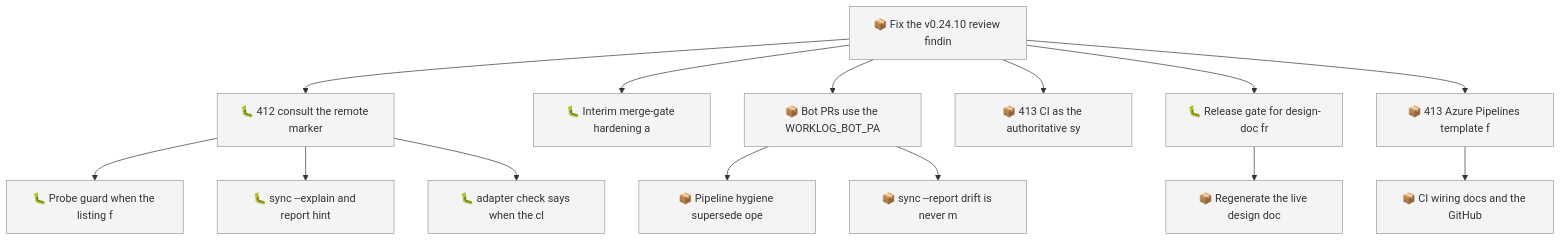
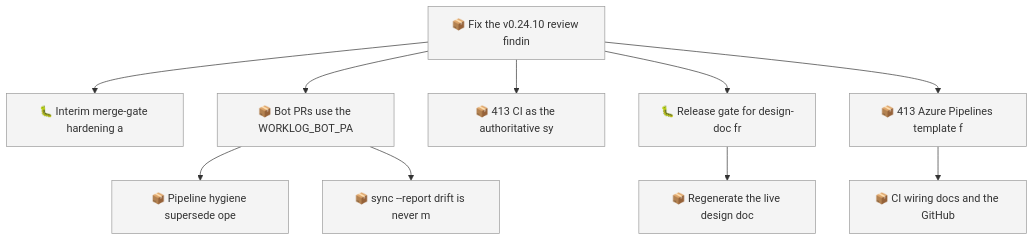
Before and after one commit to SpillwaveSolutions/wiki_ticket_sdd: the first of 2 diagrams in docs/roadmap.md, drawn with Mermaid. The commit also changed other lines of this file and 19 other files, not shown here.

First line of the commit message:
fix(sync): consult the remote marker map before creating a ticket (01M2XCWMVD7KJ01FCNEV1X8237)

````diff
--- a/docs/roadmap.md
+++ b/docs/roadmap.md
@@ -52,32 +48,24 @@
 ```mermaid
 graph TD
     01M2XCWMV0QYM4ZRBWN1V1327B["📦 Fix the v0.24.10 review findin"]
-    01M2XCWMVD7KJ01FCNEV1X8237["🐛 412 consult the remote marker"]
-    01M2XCWMVEH3XFP2VPS9JBD6X7["🐛 Probe guard when the listing f"]
-    01M2XCWMVEH3XFP2VPS9JBD6X9["🐛 sync --explain and report hint"]
-    01M2XCWMVEH3XFP2VPS9JBD6XB["🐛 adapter check says when the cl"]
     01M2XCWMVEH3XFP2VPS9JBD6XD["🐛 Interim merge-gate hardening a"]
     01M2XCWMVEH3XFP2VPS9JBD6XF["📦 Bot PRs use the WORKLOG_BOT_PA"]
     01M2XCWMVEH3XFP2VPS9JBD6XH["📦 Pipeline hygiene supersede ope"]
     01M2XCWMVEH3XFP2VPS9JBD6XK["📦 sync --report drift is never m"]
     01M2XCWMVEH3XFP2VPS9JBD6XN["📦 413 CI as the authoritative sy"]
     01M2XCWMVEH3XFP2VPS9JBD6XQ["🐛 Release gate for design-doc fr"]
     01M2XCWMVEH3XFP2VPS9JBD6XS["📦 Regenerate the live design doc"]
     01M2XCWMVEH3XFP2VPS9JBD6XV["📦 413 Azure Pipelines template f"]
     01M2XCWMVEH3XFP2VPS9JBD6XX["📦 CI wiring docs and the GitHub"]
-    01M2XCWMV0QYM4ZRBWN1V1327B --> 01M2XCWMVD7KJ01FCNEV1X8237
-    01M2XCWMVD7KJ01FCNEV1X8237 --> 01M2XCWMVEH3XFP2VPS9JBD6X7
-    01M2XCWMVD7KJ01FCNEV1X8237 --> 01M2XCWMVEH3XFP2VPS9JBD6X9
-    01M2XCWMVD7KJ01FCNEV1X8237 --> 01M2XCWMVEH3XFP2VPS9JBD6XB
     01M2XCWMV0QYM4ZRBWN1V1327B --> 01M2XCWMVEH3XFP2VPS9JBD6XD
     01M2XCWMV0QYM4ZRBWN1V1327B --> 01M2XCWMVEH3XFP2VPS9JBD6XF
     01M2XCWMVEH3XFP2VPS9JBD6XF --> 01M2XCWMVEH3XFP2VPS9JBD6XH
     01M2XCWMVEH3XFP2VPS9JBD6XF --> 01M2XCWMVEH3XFP2VPS9JBD6XK
     01M2XCWMV0QYM4ZRBWN1V1327B --> 01M2XCWMVEH3XFP2VPS9JBD6XN
     01M2XCWMV0QYM4ZRBWN1V1327B --> 01M2XCWMVEH3XFP2VPS9JBD6XQ
     01M2XCWMVEH3XFP2VPS9JBD6XQ --> 01M2XCWMVEH3XFP2VPS9JBD6XS
     01M2XCWMV0QYM4ZRBWN1V1327B --> 01M2XCWMVEH3XFP2VPS9JBD6XV
     01M2XCWMVEH3XFP2VPS9JBD6XV --> 01M2XCWMVEH3XFP2VPS9JBD6XX
     classDef todo fill:#f4f4f4,stroke:#999999
-    class 01M2XCWMV0QYM4ZRBWN1V1327B,01M2XCWMVD7KJ01FCNEV1X8237,01M2XCWMVEH3XFP2VPS9JBD6X7,01M2XCWMVEH3XFP2VPS9JBD6X9,01M2XCWMVEH3XFP2VPS9JBD6XB,01M2XCWMVEH3XFP2VPS9JBD6XD,01M2XCWMVEH3XFP2VPS9JBD6XF,01M2XCWMVEH3XFP2VPS9JBD6XH,01M2XCWMVEH3XFP2VPS9JBD6XK,01M2XCWMVEH3XFP2VPS9JBD6XN,01M2XCWMVEH3XFP2VPS9JBD6XQ,01M2XCWMVEH3XFP2VPS9JBD6XS,01M2XCWMVEH3XFP2VPS9JBD6XV,01M2XCWMVEH3XFP2VPS9JBD6XX todo
+    class 01M2XCWMV0QYM4ZRBWN1V1327B,01M2XCWMVEH3XFP2VPS9JBD6XD,01M2XCWMVEH3XFP2VPS9JBD6XF,01M2XCWMVEH3XFP2VPS9JBD6XH,01M2XCWMVEH3XFP2VPS9JBD6XK,01M2XCWMVEH3XFP2VPS9JBD6XN,01M2XCWMVEH3XFP2VPS9JBD6XQ,01M2XCWMVEH3XFP2VPS9JBD6XS,01M2XCWMVEH3XFP2VPS9JBD6XV,01M2XCWMVEH3XFP2VPS9JBD6XX todo
 ```
````
